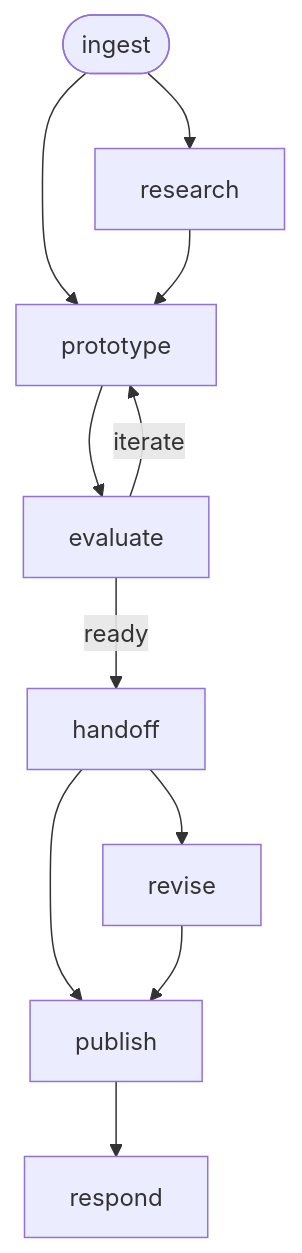
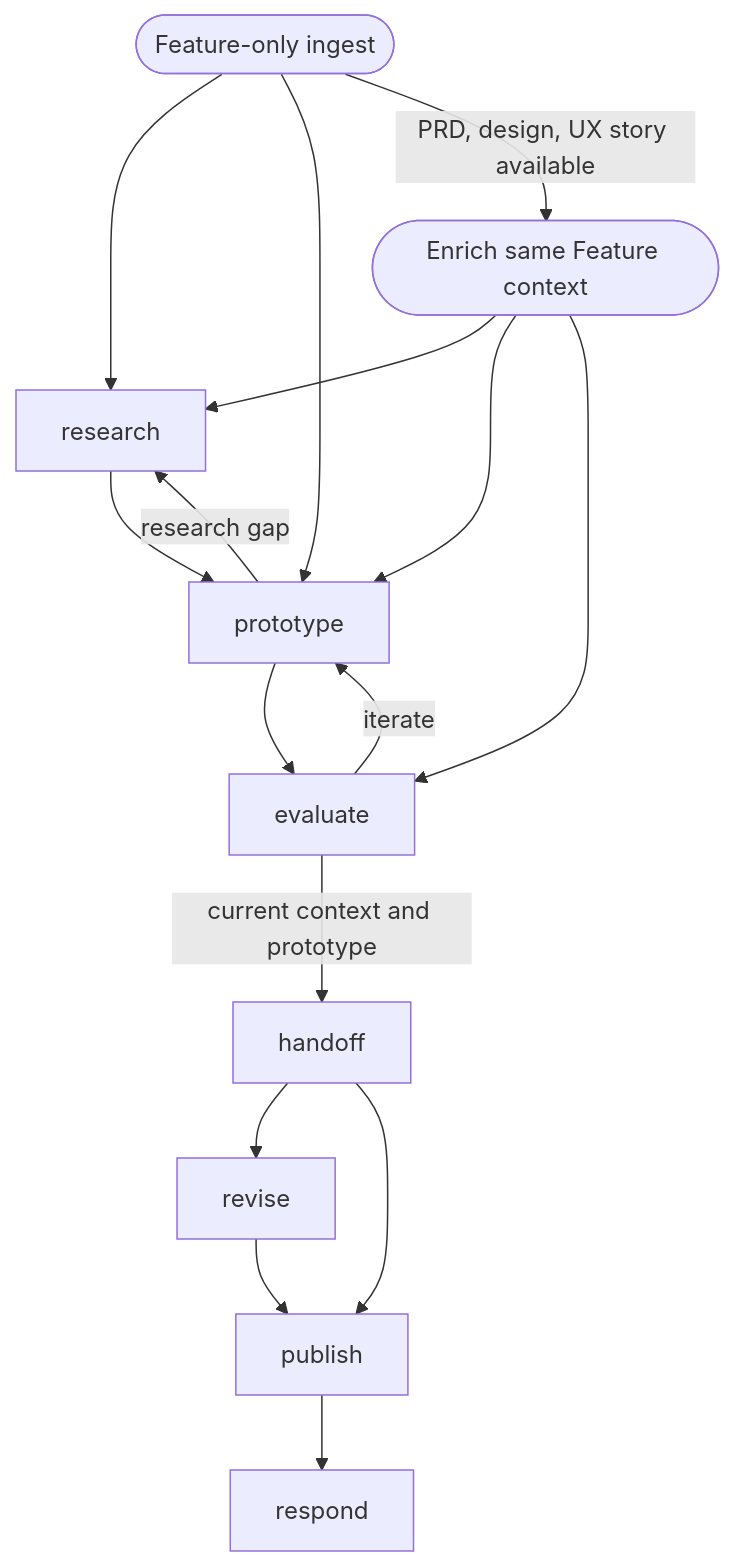
The diagram in ux-design/README.md (flightctl/ai-workflows), drawn with Mermaid before and after one commit. The commit also changed other lines of this file and 11 other files, not shown here.

````diff
--- a/ux-design/README.md
+++ b/ux-design/README.md
@@ -12,13 +12,18 @@
 ```mermaid
 graph TD
-    ingest([ingest]) --> research
-    ingest --> prototype
+    feature_ingest([Feature-only ingest]) --> research
+    feature_ingest --> prototype
     research --> prototype
     prototype --> evaluate
     evaluate -->|iterate| prototype
-    evaluate -->|ready| handoff
+    prototype -->|research gap| research
+    feature_ingest -->|PRD, design, UX story available| enrich([Enrich same Feature context])
+    enrich --> research
+    enrich --> prototype
+    enrich --> evaluate
+    evaluate -->|current context and prototype| handoff
     handoff --> revise
     handoff --> publish
     revise --> publish
     publish --> respond
 ```
````
